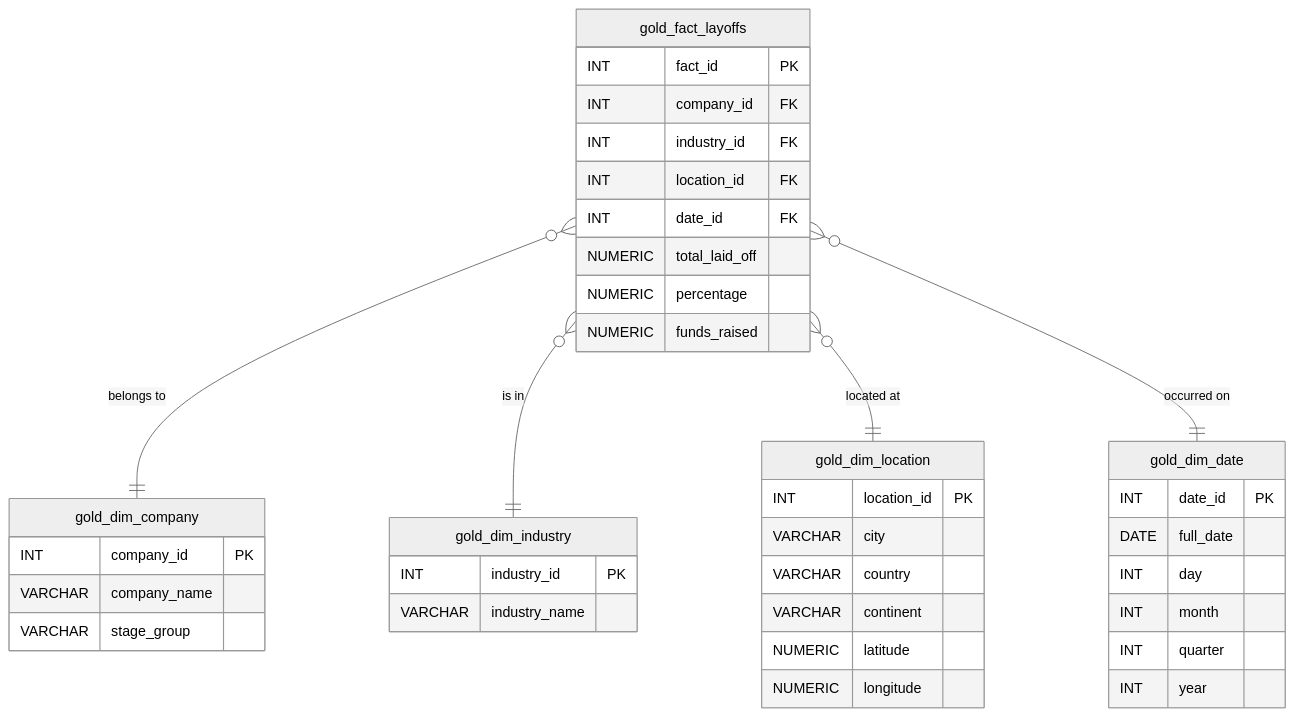
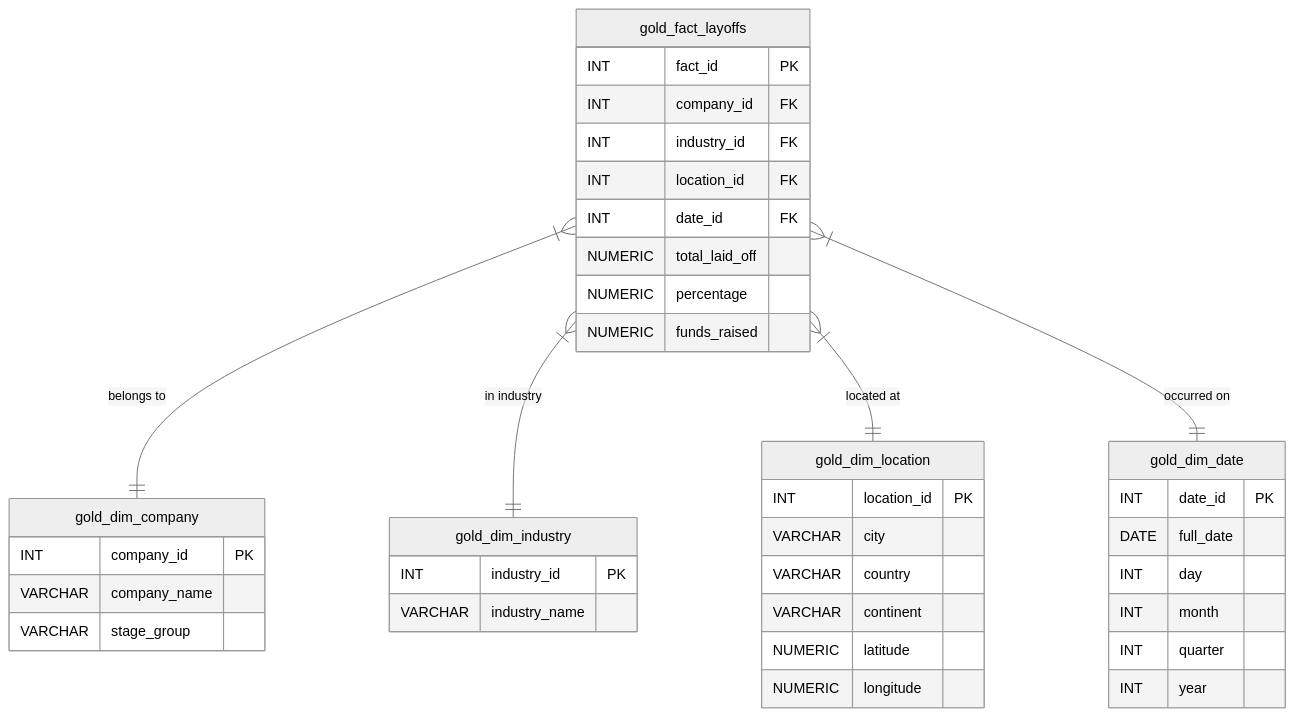
One commit to Pfftz/tech_layoff_research changed the diagram in README.md. Above: the diagram before and after it, drawn with Mermaid (neutral theme). The commit also changed other lines of this file and 17 other files, not shown here.

````diff
--- a/README.md
+++ b/README.md
@@ -15,43 +38,43 @@
 ```mermaid
 erDiagram
     gold_fact_layoffs {
         INT fact_id PK
         INT company_id FK
         INT industry_id FK
         INT location_id FK
         INT date_id FK
         NUMERIC total_laid_off
         NUMERIC percentage
         NUMERIC funds_raised
     }
     gold_dim_company {
         INT company_id PK
         VARCHAR company_name
         VARCHAR stage_group
     }
     gold_dim_industry {
         INT industry_id PK
         VARCHAR industry_name
     }
     gold_dim_location {
         INT location_id PK
         VARCHAR city
         VARCHAR country
         VARCHAR continent
         NUMERIC latitude
         NUMERIC longitude
     }
     gold_dim_date {
         INT date_id PK
         DATE full_date
         INT day
         INT month
         INT quarter
         INT year
     }
-    
-    gold_fact_layoffs }o--|| gold_dim_company : "belongs to"
-    gold_fact_layoffs }o--|| gold_dim_industry : "is in"
-    gold_fact_layoffs }o--|| gold_dim_location : "located at"
-    gold_fact_layoffs }o--|| gold_dim_date : "occurred on"
+
+    gold_fact_layoffs }|--|| gold_dim_company : "belongs to"
+    gold_fact_layoffs }|--|| gold_dim_industry : "in industry"
+    gold_fact_layoffs }|--|| gold_dim_location : "located at"
+    gold_fact_layoffs }|--|| gold_dim_date : "occurred on"
 ```
````
